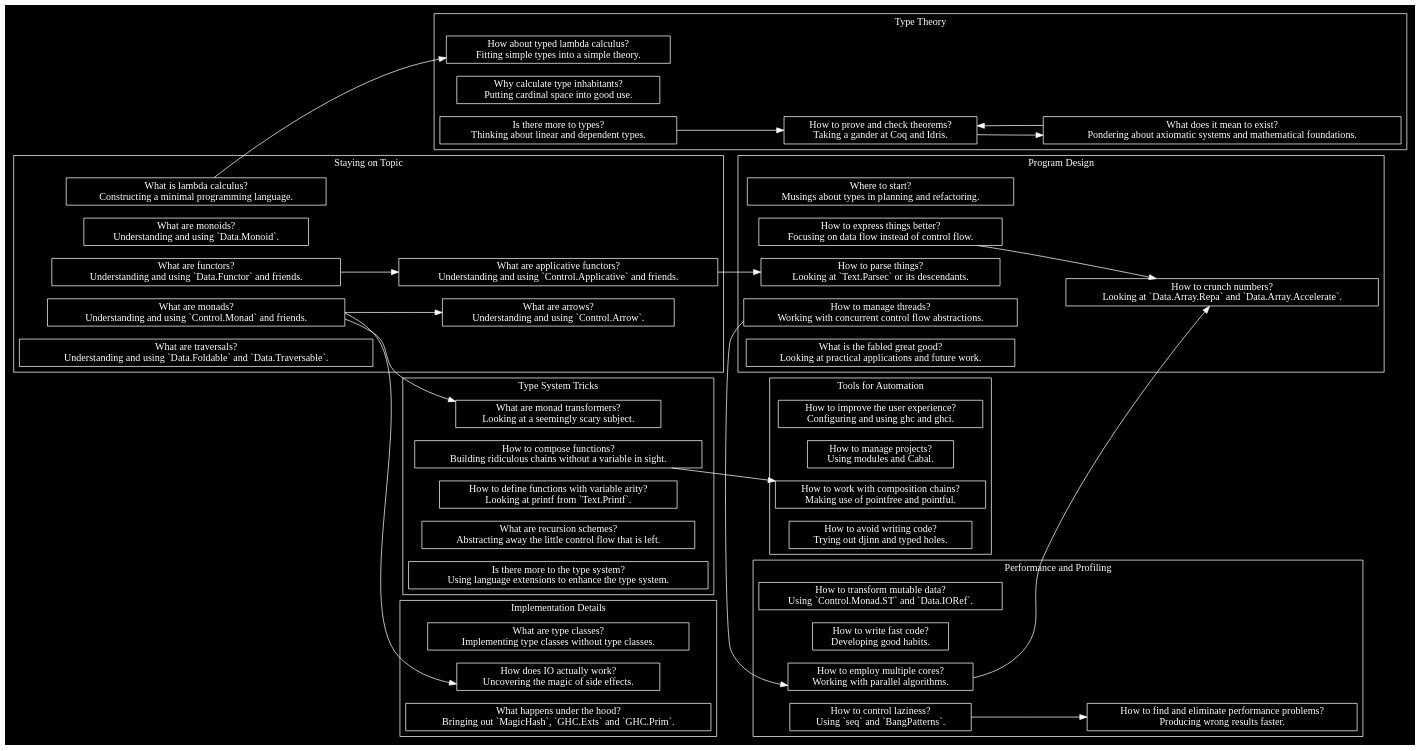
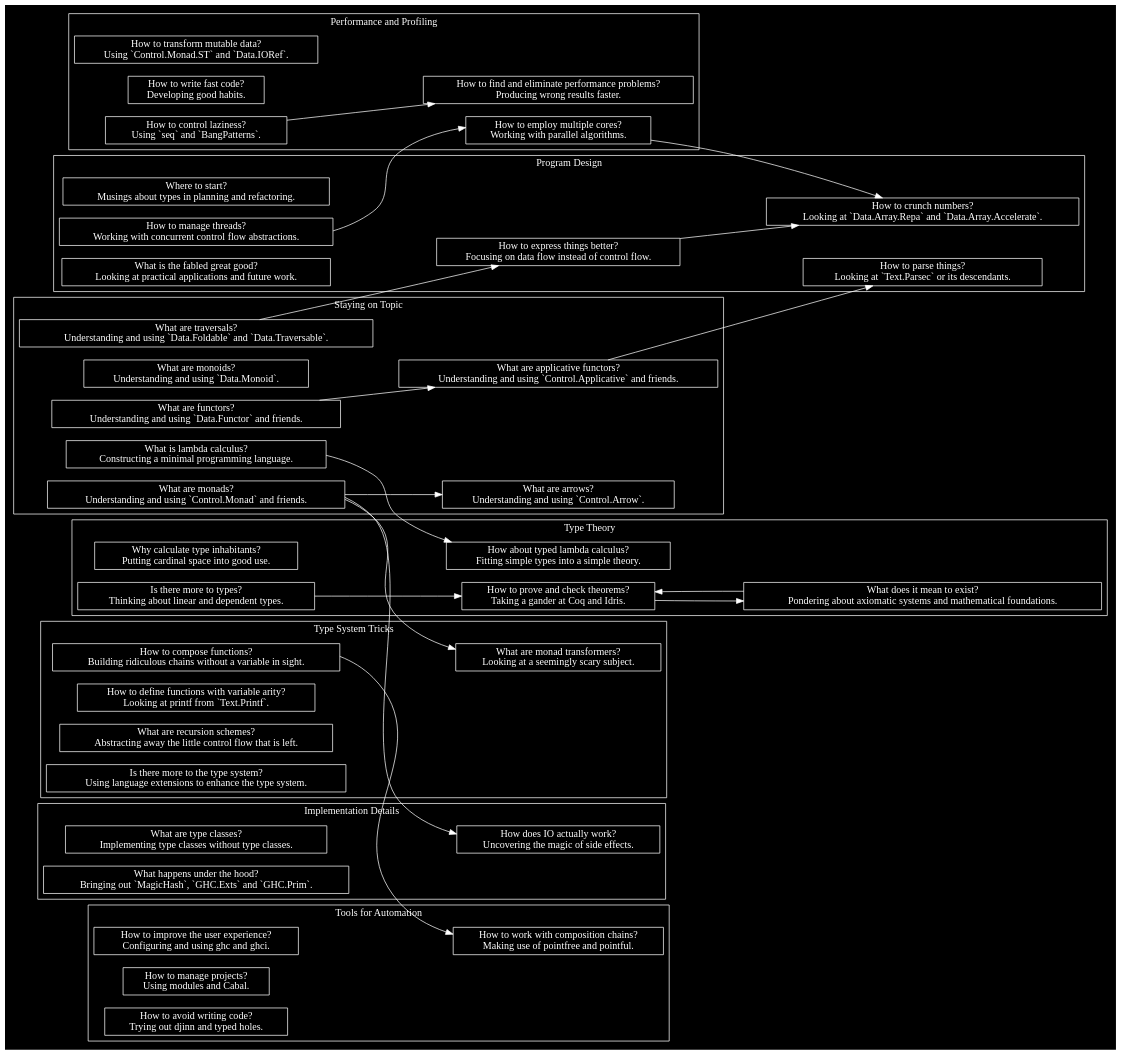
One commit to Tuplanolla/voting-topics changed the diagram in topics.dot. Above: the diagram before and after it, drawn with Graphviz. The commit also changed 3 other files, not shown here.

```diff
--- a/topics.dot
+++ b/topics.dot
@@ -1,192 +1,92 @@
 digraph topics {
   graph [bgcolor=black, color=white, fontcolor=white]
   node [bgcolor=black, color=white, fontcolor=white]
   edge [bgcolor=black, color=white, fontcolor=white]
 
+  newrank=true
+  rankdir=LR
   node [shape=box]
-
-  rankdir=LR
 
   subgraph cluster_topical {
     label="Staying on Topic"
+    lc [label="What is lambda calculus?\nConstructing a minimal programming language."]
+    monoids [label="What are monoids?\nUnderstanding and using `Data.Monoid`."]
+    functors
+    [label="What are functors?\nUnderstanding and using `Data.Functor` and friends."]
+    applicatives
+    [label="What are applicative functors?\nUnderstanding and using `Control.Applicative` and friends."]
+    monads
+    [label="What are monads?\nUnderstanding and using `Control.Monad` and friends."]
+    traversals
+    [label="What are traversals?\nUnderstanding and using `Data.Foldable` and `Data.Traversable`."]
+    arrows [label="What are arrows?\nUnderstanding and using `Control.Arrow`."]
+  }
 
-    lc
-    [label="What is lambda calculus?
-Constructing a minimal programming language."]
-
-    monoids
-    [label="What are monoids?
-Understanding and using `Data.Monoid`."]
-
-    functors
-    [label="What are functors?
-Understanding and using `Data.Functor` and friends."]
-
-    applicatives
-    [label="What are applicative functors?
-Understanding and using `Control.Applicative` and friends."]
-
-    monads
-    [label="What are monads?
-Understanding and using `Control.Monad` and friends."]
-
-    traversals
-    [label="What are traversals?
-Understanding and using `Data.Foldable` and `Data.Traversable`."]
-
-    arrows
-    [label="What are arrows?
-Understanding and using `Control.Arrow`."]
+  subgraph cluster_theory {
+    label="Type Theory"
+    stlc [label="How about typed lambda calculus?\nFitting simple types into a simple theory."]
+    cardinal [label="Why calculate type inhabitants?\nPutting cardinal space into good use."]
+    dependent [label="Is there more to types?\nThinking about linear and dependent types."]
+    proofs [label="How to prove and check theorems?\nTaking a gander at Coq and Idris."]
+    foundations [label="What does it mean to exist?\nPondering about axiomatic systems and mathematical foundations."]
   }
 
   subgraph cluster_design {
     label="Program Design"
+    plan [label="Where to start?\nMusings about types in planning and refactoring."]
+    flow [label="How to express things better?\nFocusing on data flow instead of control flow."]
+    parsec [label="How to parse things?\nLooking at `Text.Parsec` or its descendants."]
+    repa [label="How to crunch numbers?\nLooking at `Data.Array.Repa` and `Data.Array.Accelerate`."]
+    concurrent [label="How to manage threads?\nWorking with concurrent control flow abstractions."]
+    work [label="What is the fabled great good?\nLooking at practical applications and future work."]
+  }
 
-    plan
-    [label="Where to start?
-Musings about types in planning and refactoring."]
-
-    flow
-    [label="How to express things better?
-Focusing on data flow instead of control flow."]
-
-    parsec
-    [label="How to parse things?
-Looking at `Text.Parsec` or its descendants."]
-
-    repa
-    [label="How to crunch numbers?
-Looking at `Data.Array.Repa` and `Data.Array.Accelerate`."]
-
-    concurrent
-    [label="How to manage threads?
-Working with concurrent control flow abstractions."]
-
-    work
-    [label="What is the fabled great good?
-Looking at practical applications and future work."]
+  subgraph cluster_automation {
+    label="Tools for Automation"
+    ghc [label="How to improve the user experience?\nConfiguring and using ghc and ghci."]
+    cabal [label="How to manage projects?\nUsing modules and Cabal."]
+    pointfree [label="How to work with composition chains?\nMaking use of pointfree and pointful."]
+    djinn [label="How to avoid writing code?\nTrying out djinn and typed holes."]
   }
 
   subgraph cluster_tricks {
     label="Type System Tricks"
-
-    mt
-    [label="What are monad transformers?
-Looking at a seemingly scary subject."]
-
-    comp
-    [label="How to compose functions?
-Building ridiculous chains without a variable in sight."]
-
-    printf
-    [label="How to define functions with variable arity?
-Looking at printf from `Text.Printf`."]
-
-    schemes
-    [label="What are recursion schemes?
-Abstracting away the little control flow that is left."]
-
-    extensions
-    [label="Is there more to the type system?
-Using language extensions to enhance the type system."]
+    mt [label="What are monad transformers?\nLooking at a seemingly scary subject."]
+    comp [label="How to compose functions?\nBuilding ridiculous chains without a variable in sight."]
+    printf [label="How to define functions with variable arity?\nLooking at printf from `Text.Printf`."]
+    schemes [label="What are recursion schemes?\nAbstracting away the little control flow that is left."]
+    extensions [label="Is there more to the type system?\nUsing language extensions to enhance the type system."]
   }
 
-  subgraph cluster_theory {
-    label="Type Theory"
-
-    stlc
-    [label="How about typed lambda calculus?
-Fitting simple types into a simple theory."]
-
-    cardinal
-    [label="Why calculate type inhabitants?
-Putting cardinal space into good use."]
-
-    dependent
-    [label="Is there more to types?
-Thinking about linear and dependent types."]
-
-    proofs
-    [label="How to prove and check theorems?
-Taking a gander at Coq and Idris."]
-
-    foundations
-    [label="What does it mean to exist?
-Pondering about axiomatic systems and mathematical foundations."]
+  subgraph cluster_performance {
+    label="Performance and Profiling"
+    mutable [label="How to transform mutable data?\nUsing `Control.Monad.ST` and `Data.IORef`."]
+    habits [label="How to write fast code?\nDeveloping good habits."]
+    seq [label="How to control laziness?\nUsing `seq` and `BangPatterns`."]
+    parallel [label="How to employ multiple cores?\nWorking with parallel algorithms."]
+    prof [label="How to find and eliminate performance problems?\nProducing wrong results faster."]
   }
 
   subgraph cluster_implementation {
     label="Implementation Details"
-
-    classes
-    [label="What are type classes?
-Implementing type classes without type classes."]
-
-    io
-    [label="How does IO actually work?
-Uncovering the magic of side effects."]
-
-    prim
-    [label="What happens under the hood?
-Bringing out `MagicHash`, `GHC.Exts` and `GHC.Prim`."]
-  }
-
-  subgraph cluster_performance {
-    label="Performance and Profiling"
-
-    mutable
-    [label="How to transform mutable data?
-Using `Control.Monad.ST` and `Data.IORef`."]
-
-    habits
-    [label="How to write fast code?
-Developing good habits."]
-
-    seq
-    [label="How to control laziness?
-Using `seq` and `BangPatterns`."]
-
-    parallel
-    [label="How to employ multiple cores?
-Working with parallel algorithms."]
-
-    prof
-    [label="How to find and eliminate performance problems?
-Producing wrong results faster."]
-  }
-
-  subgraph cluster_automation {
-    label="Tools for Automation"
-
-    ghc
-    [label="How to improve the user experience?
-Configuring and using ghc and ghci."]
-
-    cabal
-    [label="How to manage projects?
-Using modules and Cabal."]
-
-    pointfree
-    [label="How to work with composition chains?
-Making use of pointfree and pointful."]
-
-    djinn
-    [label="How to avoid writing code?
-Trying out djinn and typed holes."]
+    classes [label="What are type classes?\nImplementing type classes without type classes."]
+    io [label="How does IO actually work?\nUncovering the magic of side effects."]
+    prim [label="What happens under the hood?\nBringing out `MagicHash`, `GHC.Exts` and `GHC.Prim`."]
   }
 
   functors -> applicatives
   monads -> arrows
   monads -> mt
   monads -> io
   lc -> stlc
   seq -> prof
   concurrent -> parallel
   applicatives -> parsec
   flow -> repa
   parallel -> repa
   dependent -> proofs
   comp -> pointfree
   proofs -> foundations
   foundations -> proofs
+  traversals -> flow
 }
```
